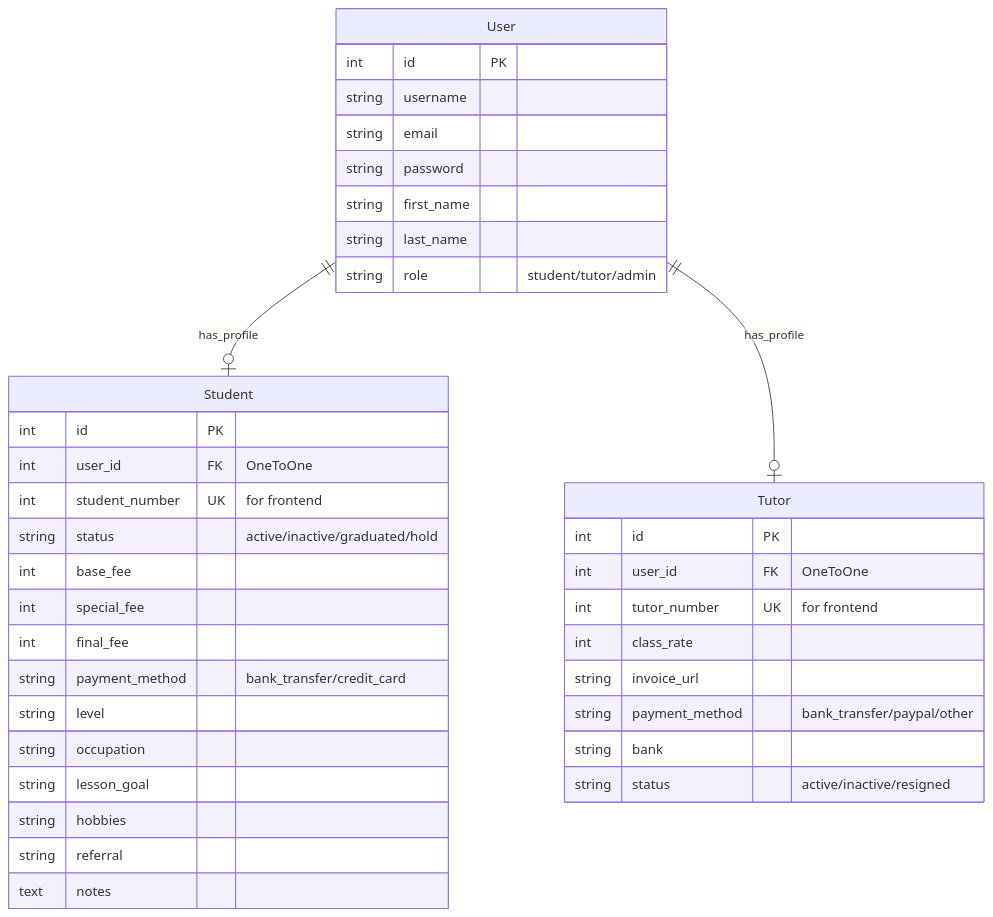
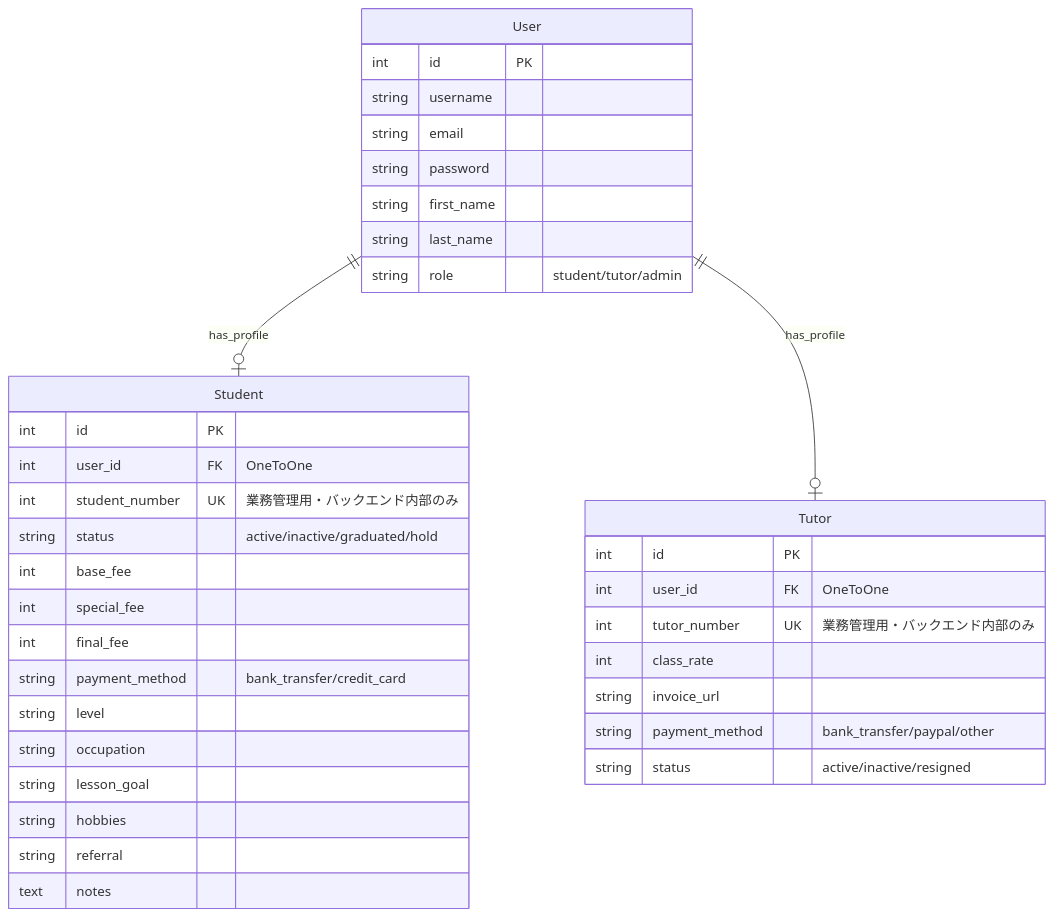
One commit to Saaka-y/korup changed the second of 9 diagrams in docs/DATABASE_DESIGN.md. Above: the diagram before and after it, drawn with Mermaid. The commit also changed other lines of this file and 11 other files, not shown here.

````diff
--- a/docs/DATABASE_DESIGN.md
+++ b/docs/DATABASE_DESIGN.md
@@ -95,43 +139,42 @@
 ```mermaid
 erDiagram
     User ||--o| Student : "has_profile"
     User ||--o| Tutor : "has_profile"
 
     User {
         int id PK
         string username
         string email
         string password
         string first_name
         string last_name
         string role "student/tutor/admin"
     }
 
     Student {
         int id PK
         int user_id FK "OneToOne"
-        int student_number UK "for frontend"
+        int student_number UK "業務管理用・バックエンド内部のみ"
         string status "active/inactive/graduated/hold"
         int base_fee
         int special_fee
         int final_fee
         string payment_method "bank_transfer/credit_card"
         string level
         string occupation
         string lesson_goal
         string hobbies
         string referral
         text notes
     }
 
     Tutor {
         int id PK
         int user_id FK "OneToOne"
-        int tutor_number UK "for frontend"
+        int tutor_number UK "業務管理用・バックエンド内部のみ"
         int class_rate
         string invoice_url
         string payment_method "bank_transfer/paypal/other"
-        string bank
         string status "active/inactive/resigned"
     }
 ```
````
